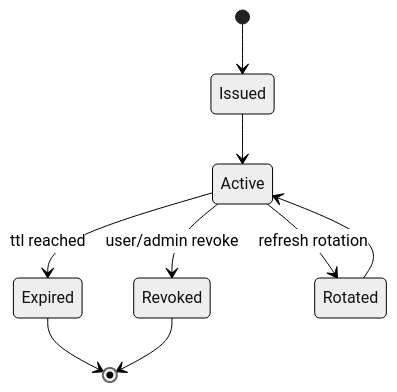
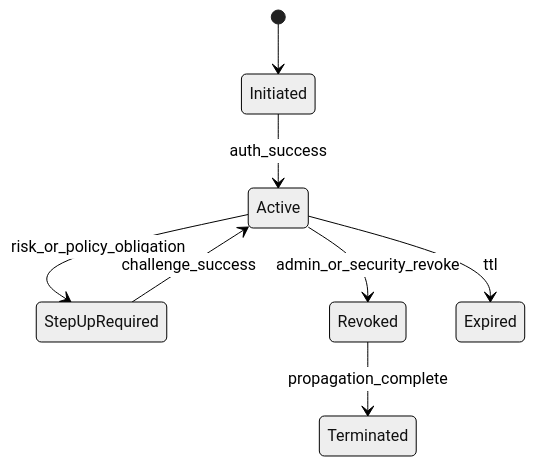
Before and after one commit to 0Ankit0/Project-Ideas: the second of 2 diagrams in Identity and Access Management Platform/detailed-design/state-machine-diagrams.md, drawn with Mermaid (neutral theme). The commit also changed other lines of this file and 37 other files, not shown here.

````diff
--- a/Identity and Access Management Platform/detailed-design/state-machine-diagrams.md
+++ b/Identity and Access Management Platform/detailed-design/state-machine-diagrams.md
@@ -18,11 +18,10 @@
 ```mermaid
 stateDiagram-v2
-    [*] --> Issued
-    Issued --> Active
-    Active --> Expired: ttl reached
-    Active --> Revoked: user/admin revoke
-    Active --> Rotated: refresh rotation
-    Rotated --> Active
-    Expired --> [*]
-    Revoked --> [*]
+    [*] --> Initiated
+    Initiated --> Active : auth_success
+    Active --> StepUpRequired : risk_or_policy_obligation
+    StepUpRequired --> Active : challenge_success
+    Active --> Revoked : admin_or_security_revoke
+    Active --> Expired : ttl
+    Revoked --> Terminated : propagation_complete
 ```
````
